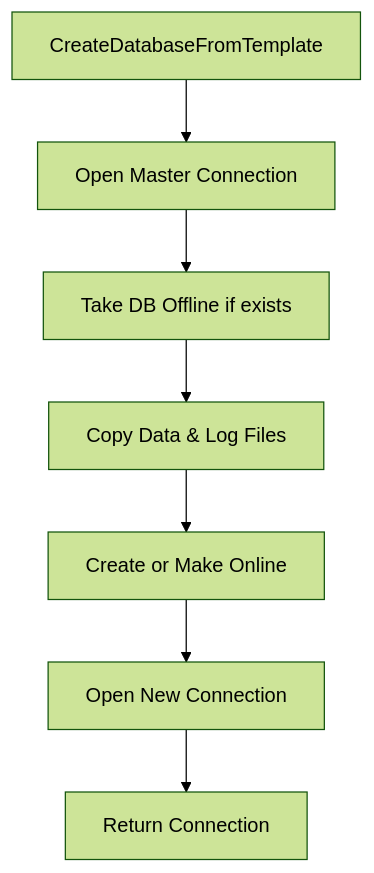
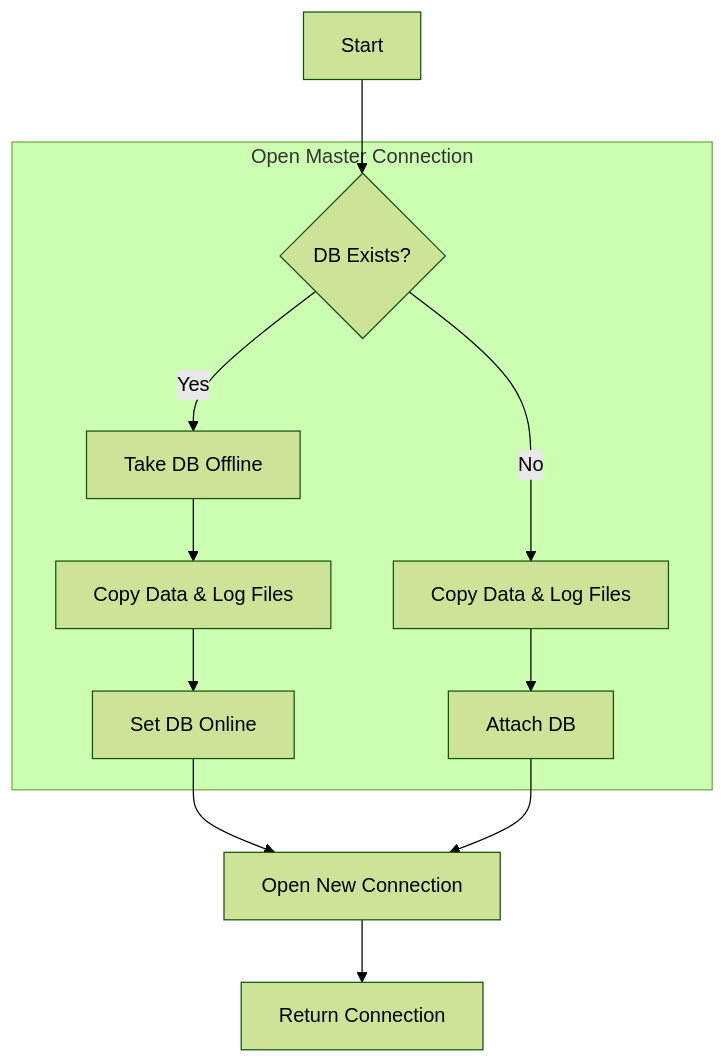
The third of 3 diagrams in docs/mdsource/workflow.md (SimonCropp/LocalDb), drawn with Mermaid (forest theme) before and after one commit. The commit also changed other lines of this file, not shown here.

````diff
--- a/docs/mdsource/workflow.md
+++ b/docs/mdsource/workflow.md
@@ -132,10 +130,29 @@
 ```mermaid
 flowchart TD
-    entry[CreateDatabaseFromTemplate]
-    entry --> openMaster[Open Master Connection]
-    openMaster --> takeOffline[Take DB Offline if exists]
-    takeOffline --> copyFiles[Copy Data & Log Files]
-    copyFiles --> createOrOnline[Create or Make Online]
-    createOrOnline --> openNewConn[Open New Connection]
-    openNewConn --> returnConn[Return Connection]
+    entry[Start]
+
+    subgraph openMaster[Open Master Connection]
+        checkDbExists{DB Exists?}
+        takeOffline[Take DB Offline]
+        copyFilesExisting[Copy Data & Log Files]
+        setOnline[Set DB Online]
+        copyFilesNew[Copy Data & Log Files]
+        attachDb[Attach DB]
+    end
+    openNewConn[Open New Connection]
+    returnConn[Return Connection]
+
+    entry
+    entry --> checkDbExists
+
+    checkDbExists -->|Yes| takeOffline
+    takeOffline --> copyFilesExisting
+    copyFilesExisting --> setOnline
+    setOnline --> openNewConn
+
+    checkDbExists -->|No| copyFilesNew
+    copyFilesNew --> attachDb
+    attachDb --> openNewConn
+
+    openNewConn --> returnConn
 ```
````
